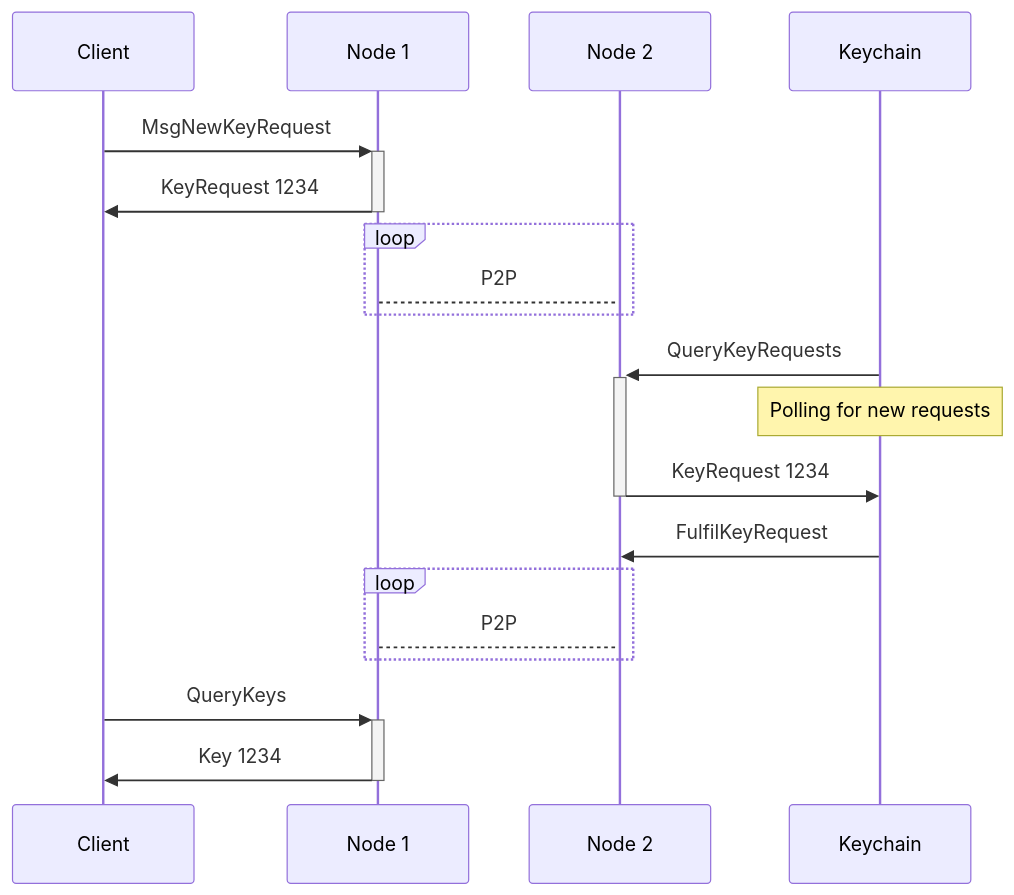
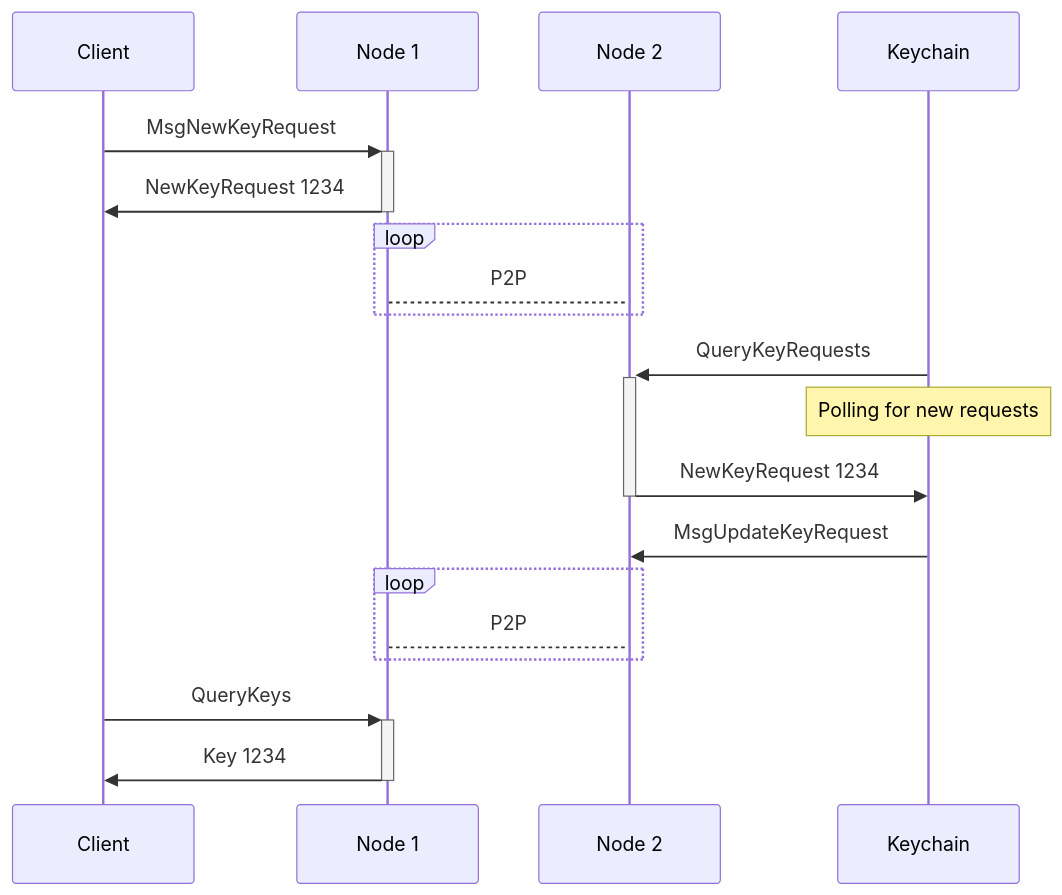
The first of 2 diagrams in docs/docs/learn/request-flow.md (warden-protocol/wardenprotocol), drawn with Mermaid before and after one commit. The commit also changed other lines of this file and 11 other files, not shown here.

Commit message:
request flow and other updates

````diff
--- a/docs/docs/learn/request-flow.md
+++ b/docs/docs/learn/request-flow.md
@@ -65,21 +65,21 @@
 ```mermaid
 sequenceDiagram
     Client->>+Node 1: MsgNewKeyRequest
-    Node 1->>-Client: KeyRequest 1234
+    Node 1->>-Client: NewKeyRequest 1234
 
     loop
         Node 1-->Node 2: P2P
     end
 
     Keychain->>+Node 2: QueryKeyRequests
     note over Keychain: Polling for new requests
-    Node 2->>-Keychain: KeyRequest 1234
-    Keychain->>Node 2: FulfilKeyRequest
+    Node 2->>-Keychain: NewKeyRequest 1234
+    Keychain->>Node 2: MsgUpdateKeyRequest
 
     loop
         Node 1-->Node 2: P2P
     end
 
     Client->>+Node 1: QueryKeys
     Node 1->>-Client: Key 1234
 ```
````
